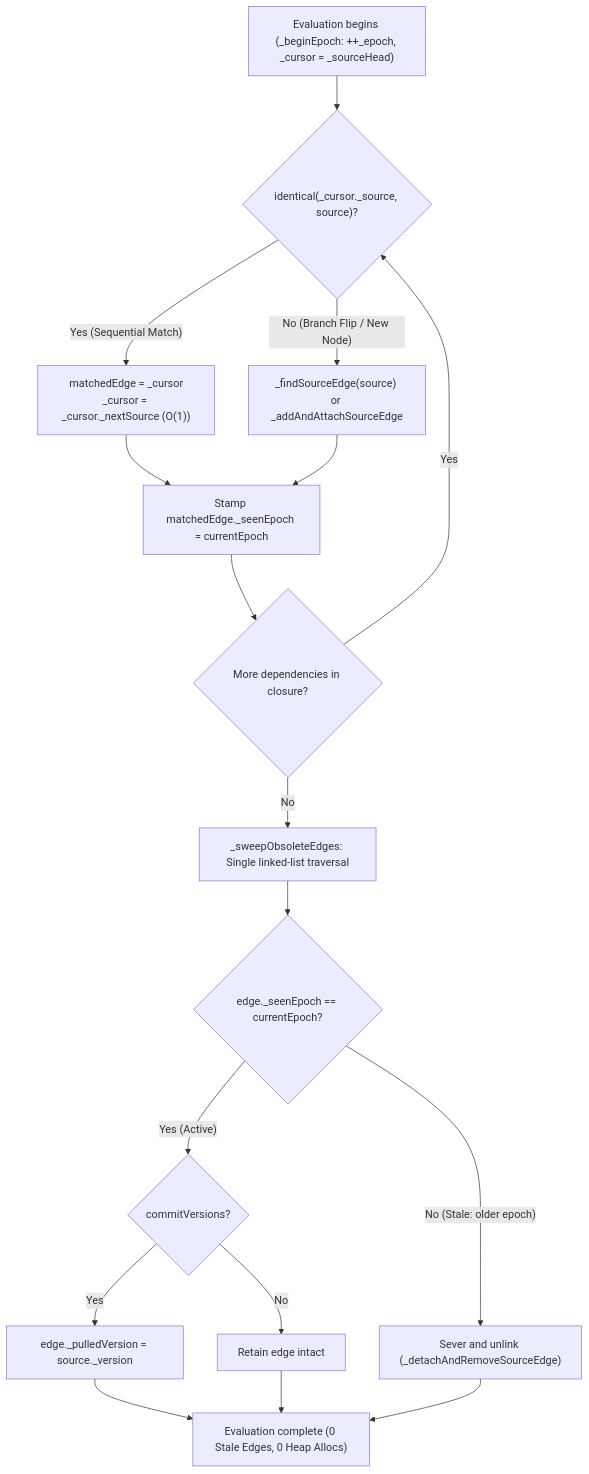
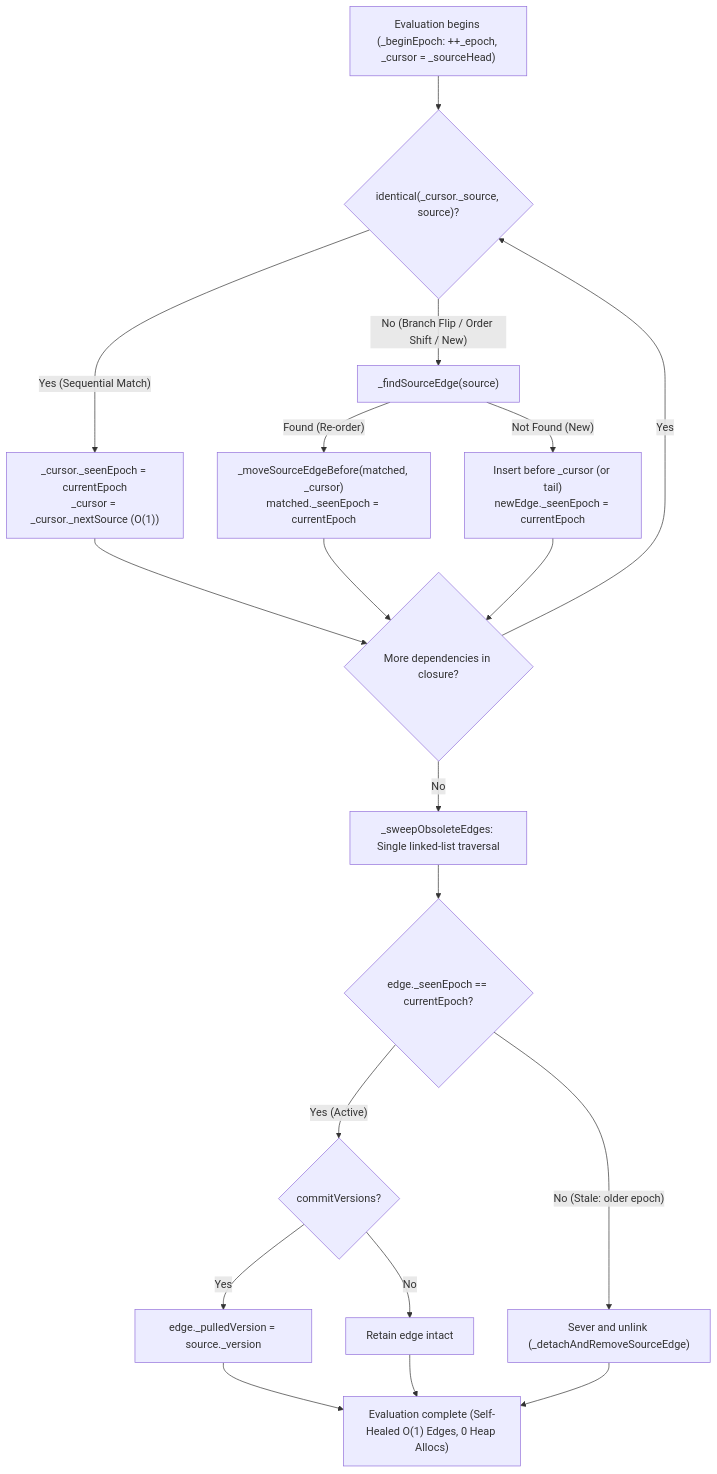
The diagram in packages/what/doc/foundations/02_explicit_dependency_manifest_and_epoch_sweeping.md (pioneerjkf/what), drawn with Mermaid before and after one commit. The commit also changed other lines of this file and 244 other files, not shown here.

````diff
--- a/packages/what/doc/foundations/02_explicit_dependency_manifest_and_epoch_sweeping.md
+++ b/packages/what/doc/foundations/02_explicit_dependency_manifest_and_epoch_sweeping.md
@@ -148,19 +155,21 @@
 ```mermaid
 flowchart TD
     Start["Evaluation begins (_beginEpoch: ++_epoch, _cursor = _sourceHead)"] --> FastCheck{"identical(_cursor._source, source)?"}
-    FastCheck -- "Yes (Sequential Match)" --> FastAdvance["matchedEdge = _cursor<br/>_cursor = _cursor._nextSource (O(1))"]
-    FastCheck -- "No (Branch Flip / New Node)" --> SlowFind["_findSourceEdge(source) or _addAndAttachSourceEdge"]
-    FastAdvance --> Stamp["Stamp matchedEdge._seenEpoch = currentEpoch"]
-    SlowFind --> Stamp
-    Stamp --> EvalNext{"More dependencies in closure?"}
+    FastCheck -- "Yes (Sequential Match)" --> FastAdvance["_cursor._seenEpoch = currentEpoch<br/>_cursor = _cursor._nextSource (O(1))"]
+    FastCheck -- "No (Branch Flip / Order Shift / New)" --> SlowFind["_findSourceEdge(source)"]
+    SlowFind -- "Found (Re-order)" --> Relink["_moveSourceEdgeBefore(matched, _cursor)<br/>matched._seenEpoch = currentEpoch"]
+    SlowFind -- "Not Found (New)" --> Insert["Insert before _cursor (or tail)<br/>newEdge._seenEpoch = currentEpoch"]
+    FastAdvance --> EvalNext{"More dependencies in closure?"}
+    Relink --> EvalNext
+    Insert --> EvalNext
     EvalNext -- "Yes" --> FastCheck
     EvalNext -- "No" --> Sweep["_sweepObsoleteEdges: Single linked-list traversal"]
     Sweep --> EpochCheck{"edge._seenEpoch == currentEpoch?"}
     EpochCheck -- "Yes (Active)" --> CommitCheck{"commitVersions?"}
     CommitCheck -- "Yes" --> Commit["edge._pulledVersion = source._version"]
     CommitCheck -- "No" --> Keep["Retain edge intact"]
     EpochCheck -- "No (Stale: older epoch)" --> Detach["Sever and unlink (_detachAndRemoveSourceEdge)"]
-    Commit --> End["Evaluation complete (0 Stale Edges, 0 Heap Allocs)"]
+    Commit --> End["Evaluation complete (Self-Healed O(1) Edges, 0 Heap Allocs)"]
     Keep --> End
     Detach --> End
 ```
````
